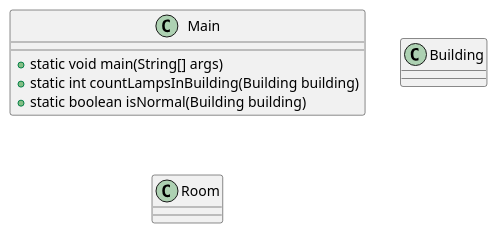
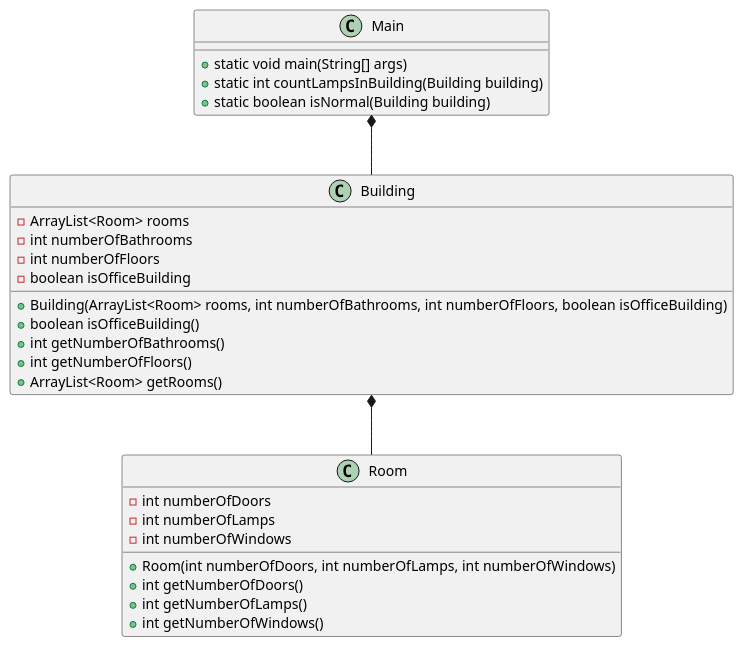
One commit to Peter537/Dat1-ugeopgave5 changed the diagram in OOP1/Documentation/BuildingsAndRooms.puml. Above: the diagram before and after it, drawn with PlantUML. The commit also changed 2 other files, not shown here.

```diff
--- a/OOP1/Documentation/BuildingsAndRooms.puml
+++ b/OOP1/Documentation/BuildingsAndRooms.puml
@@ -1,17 +1,36 @@
 @startuml
 
 class Main {
     + static void main(String[] args)
     + static int countLampsInBuilding(Building building)
     + static boolean isNormal(Building building)
 }
 
 class Building {
+    - ArrayList<Room> rooms
+    - int numberOfBathrooms
+    - int numberOfFloors
+    - boolean isOfficeBuilding
 
+    + Building(ArrayList<Room> rooms, int numberOfBathrooms, int numberOfFloors, boolean isOfficeBuilding)
+    + boolean isOfficeBuilding()
+    + int getNumberOfBathrooms()
+    + int getNumberOfFloors()
+    + ArrayList<Room> getRooms()
 }
 
 class Room {
+    - int numberOfDoors
+    - int numberOfLamps
+    - int numberOfWindows
 
+    + Room(int numberOfDoors, int numberOfLamps, int numberOfWindows)
+    + int getNumberOfDoors()
+    + int getNumberOfLamps()
+    + int getNumberOfWindows()
 }
 
+Main *-- Building
+Building *-- Room
+
 @enduml
```
